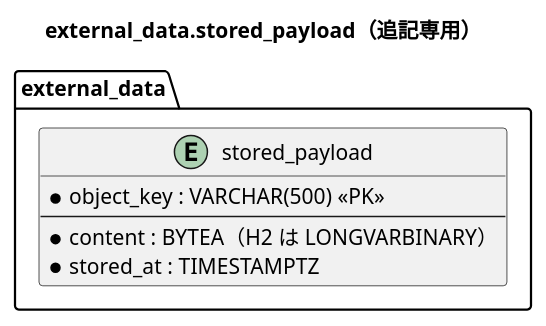
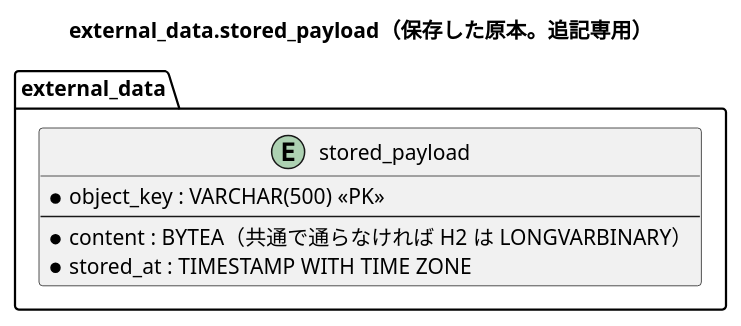
One commit to k2works/practical-domain-driven-design-in-enterpris-application changed the second of 2 diagrams in docs/development/cargo-tracker/bolt_39a2_plan.md. Above: the diagram before and after it, drawn with PlantUML. The commit also changed other lines of this file and 1 other file, not shown here.

````diff
--- a/docs/development/cargo-tracker/bolt_39a2_plan.md
+++ b/docs/development/cargo-tracker/bolt_39a2_plan.md
@@ -118,11 +117,11 @@
 ```plantuml
 @startuml
-title external_data.stored_payload（追記専用）
+title external_data.stored_payload（保存した原本。追記専用）
 entity "external_data.stored_payload" {
   * object_key : VARCHAR(500) <<PK>>
   --
-  * content : BYTEA（H2 は LONGVARBINARY）
-  * stored_at : TIMESTAMPTZ
+  * content : BYTEA（共通で通らなければ H2 は LONGVARBINARY）
+  * stored_at : TIMESTAMP WITH TIME ZONE
 }
 @enduml
 ```
````
